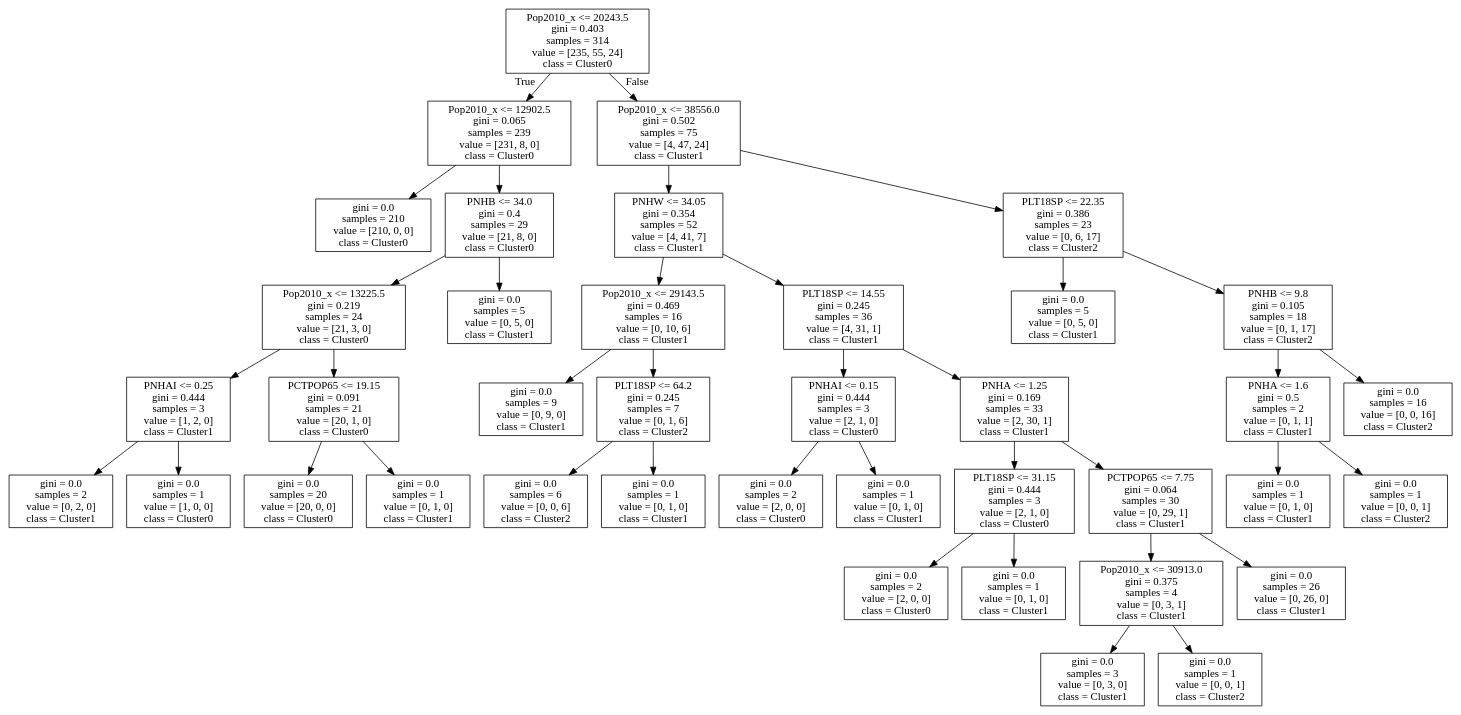
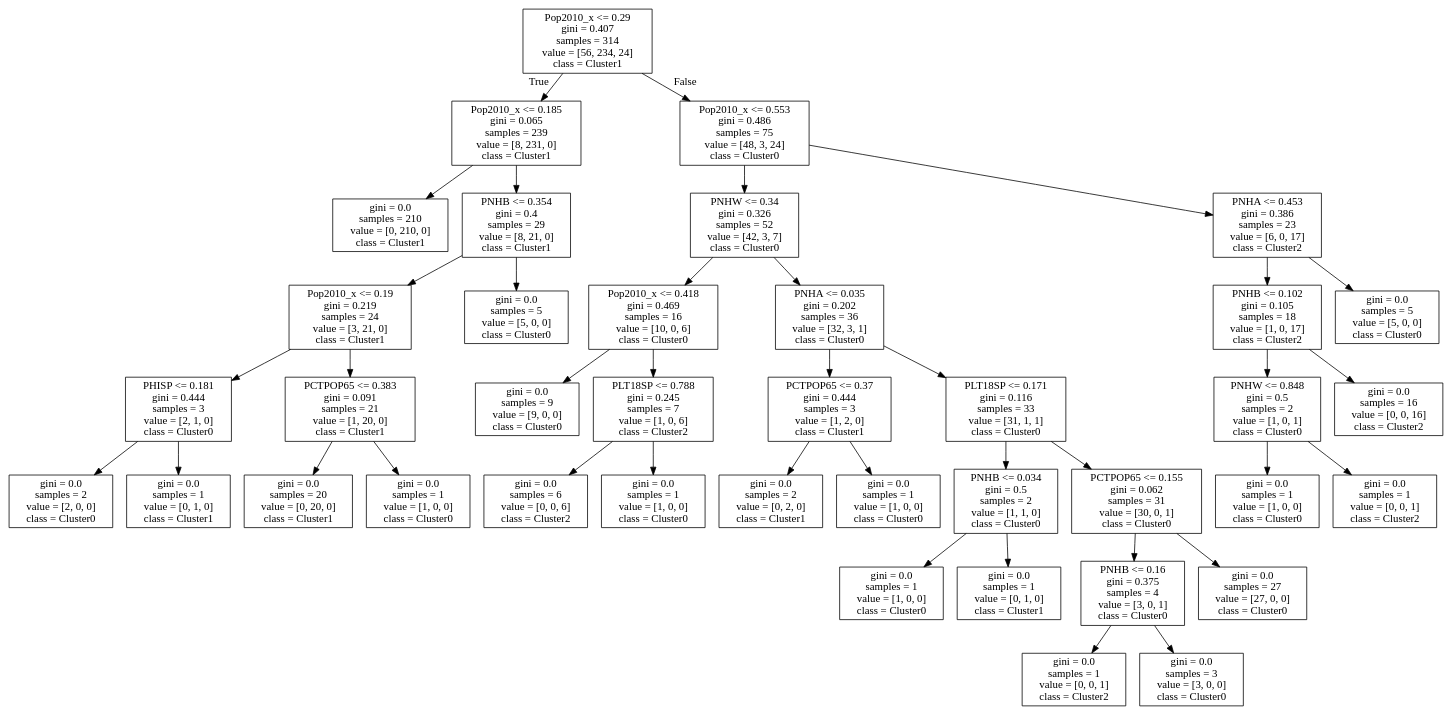
Before and after one commit to arunkulkarni95/COSC467_FinalProject: the diagram in tree.dot, drawn with Graphviz. The commit also changed 2 other files, not shown here.

```diff
--- a/tree.dot
+++ b/tree.dot
@@ -1,80 +1,80 @@
 digraph Tree {
 node [shape=box] ;
-0 [label="Pop2010_x <= 20243.5\ngini = 0.403\nsamples = 314\nvalue = [235, 55, 24]\nclass = Cluster0"] ;
-1 [label="Pop2010_x <= 12902.5\ngini = 0.065\nsamples = 239\nvalue = [231, 8, 0]\nclass = Cluster0"] ;
+0 [label="Pop2010_x <= 0.29\ngini = 0.407\nsamples = 314\nvalue = [56, 234, 24]\nclass = Cluster1"] ;
+1 [label="Pop2010_x <= 0.185\ngini = 0.065\nsamples = 239\nvalue = [8, 231, 0]\nclass = Cluster1"] ;
 0 -> 1 [labeldistance=2.5, labelangle=45, headlabel="True"] ;
-2 [label="gini = 0.0\nsamples = 210\nvalue = [210, 0, 0]\nclass = Cluster0"] ;
+2 [label="gini = 0.0\nsamples = 210\nvalue = [0, 210, 0]\nclass = Cluster1"] ;
 1 -> 2 ;
-3 [label="PNHB <= 34.0\ngini = 0.4\nsamples = 29\nvalue = [21, 8, 0]\nclass = Cluster0"] ;
+3 [label="PNHB <= 0.354\ngini = 0.4\nsamples = 29\nvalue = [8, 21, 0]\nclass = Cluster1"] ;
 1 -> 3 ;
-4 [label="Pop2010_x <= 13225.5\ngini = 0.219\nsamples = 24\nvalue = [21, 3, 0]\nclass = Cluster0"] ;
+4 [label="Pop2010_x <= 0.19\ngini = 0.219\nsamples = 24\nvalue = [3, 21, 0]\nclass = Cluster1"] ;
 3 -> 4 ;
-5 [label="PNHAI <= 0.25\ngini = 0.444\nsamples = 3\nvalue = [1, 2, 0]\nclass = Cluster1"] ;
+5 [label="PHISP <= 0.181\ngini = 0.444\nsamples = 3\nvalue = [2, 1, 0]\nclass = Cluster0"] ;
 4 -> 5 ;
-6 [label="gini = 0.0\nsamples = 2\nvalue = [0, 2, 0]\nclass = Cluster1"] ;
+6 [label="gini = 0.0\nsamples = 2\nvalue = [2, 0, 0]\nclass = Cluster0"] ;
 5 -> 6 ;
-7 [label="gini = 0.0\nsamples = 1\nvalue = [1, 0, 0]\nclass = Cluster0"] ;
+7 [label="gini = 0.0\nsamples = 1\nvalue = [0, 1, 0]\nclass = Cluster1"] ;
 5 -> 7 ;
-8 [label="PCTPOP65 <= 19.15\ngini = 0.091\nsamples = 21\nvalue = [20, 1, 0]\nclass = Cluster0"] ;
+8 [label="PCTPOP65 <= 0.383\ngini = 0.091\nsamples = 21\nvalue = [1, 20, 0]\nclass = Cluster1"] ;
 4 -> 8 ;
-9 [label="gini = 0.0\nsamples = 20\nvalue = [20, 0, 0]\nclass = Cluster0"] ;
+9 [label="gini = 0.0\nsamples = 20\nvalue = [0, 20, 0]\nclass = Cluster1"] ;
 8 -> 9 ;
-10 [label="gini = 0.0\nsamples = 1\nvalue = [0, 1, 0]\nclass = Cluster1"] ;
+10 [label="gini = 0.0\nsamples = 1\nvalue = [1, 0, 0]\nclass = Cluster0"] ;
 8 -> 10 ;
-11 [label="gini = 0.0\nsamples = 5\nvalue = [0, 5, 0]\nclass = Cluster1"] ;
+11 [label="gini = 0.0\nsamples = 5\nvalue = [5, 0, 0]\nclass = Cluster0"] ;
 3 -> 11 ;
-12 [label="Pop2010_x <= 38556.0\ngini = 0.502\nsamples = 75\nvalue = [4, 47, 24]\nclass = Cluster1"] ;
+12 [label="Pop2010_x <= 0.553\ngini = 0.486\nsamples = 75\nvalue = [48, 3, 24]\nclass = Cluster0"] ;
 0 -> 12 [labeldistance=2.5, labelangle=-45, headlabel="False"] ;
-13 [label="PNHW <= 34.05\ngini = 0.354\nsamples = 52\nvalue = [4, 41, 7]\nclass = Cluster1"] ;
+13 [label="PNHW <= 0.34\ngini = 0.326\nsamples = 52\nvalue = [42, 3, 7]\nclass = Cluster0"] ;
 12 -> 13 ;
-14 [label="Pop2010_x <= 29143.5\ngini = 0.469\nsamples = 16\nvalue = [0, 10, 6]\nclass = Cluster1"] ;
+14 [label="Pop2010_x <= 0.418\ngini = 0.469\nsamples = 16\nvalue = [10, 0, 6]\nclass = Cluster0"] ;
 13 -> 14 ;
-15 [label="gini = 0.0\nsamples = 9\nvalue = [0, 9, 0]\nclass = Cluster1"] ;
+15 [label="gini = 0.0\nsamples = 9\nvalue = [9, 0, 0]\nclass = Cluster0"] ;
 14 -> 15 ;
-16 [label="PLT18SP <= 64.2\ngini = 0.245\nsamples = 7\nvalue = [0, 1, 6]\nclass = Cluster2"] ;
+16 [label="PLT18SP <= 0.788\ngini = 0.245\nsamples = 7\nvalue = [1, 0, 6]\nclass = Cluster2"] ;
 14 -> 16 ;
 17 [label="gini = 0.0\nsamples = 6\nvalue = [0, 0, 6]\nclass = Cluster2"] ;
 16 -> 17 ;
-18 [label="gini = 0.0\nsamples = 1\nvalue = [0, 1, 0]\nclass = Cluster1"] ;
+18 [label="gini = 0.0\nsamples = 1\nvalue = [1, 0, 0]\nclass = Cluster0"] ;
 16 -> 18 ;
-19 [label="PLT18SP <= 14.55\ngini = 0.245\nsamples = 36\nvalue = [4, 31, 1]\nclass = Cluster1"] ;
+19 [label="PNHA <= 0.035\ngini = 0.202\nsamples = 36\nvalue = [32, 3, 1]\nclass = Cluster0"] ;
 13 -> 19 ;
-20 [label="PNHAI <= 0.15\ngini = 0.444\nsamples = 3\nvalue = [2, 1, 0]\nclass = Cluster0"] ;
+20 [label="PCTPOP65 <= 0.37\ngini = 0.444\nsamples = 3\nvalue = [1, 2, 0]\nclass = Cluster1"] ;
 19 -> 20 ;
-21 [label="gini = 0.0\nsamples = 2\nvalue = [2, 0, 0]\nclass = Cluster0"] ;
+21 [label="gini = 0.0\nsamples = 2\nvalue = [0, 2, 0]\nclass = Cluster1"] ;
 20 -> 21 ;
-22 [label="gini = 0.0\nsamples = 1\nvalue = [0, 1, 0]\nclass = Cluster1"] ;
+22 [label="gini = 0.0\nsamples = 1\nvalue = [1, 0, 0]\nclass = Cluster0"] ;
 20 -> 22 ;
-23 [label="PNHA <= 1.25\ngini = 0.169\nsamples = 33\nvalue = [2, 30, 1]\nclass = Cluster1"] ;
+23 [label="PLT18SP <= 0.171\ngini = 0.116\nsamples = 33\nvalue = [31, 1, 1]\nclass = Cluster0"] ;
 19 -> 23 ;
-24 [label="PLT18SP <= 31.15\ngini = 0.444\nsamples = 3\nvalue = [2, 1, 0]\nclass = Cluster0"] ;
+24 [label="PNHB <= 0.034\ngini = 0.5\nsamples = 2\nvalue = [1, 1, 0]\nclass = Cluster0"] ;
 23 -> 24 ;
-25 [label="gini = 0.0\nsamples = 2\nvalue = [2, 0, 0]\nclass = Cluster0"] ;
+25 [label="gini = 0.0\nsamples = 1\nvalue = [1, 0, 0]\nclass = Cluster0"] ;
 24 -> 25 ;
 26 [label="gini = 0.0\nsamples = 1\nvalue = [0, 1, 0]\nclass = Cluster1"] ;
 24 -> 26 ;
-27 [label="PCTPOP65 <= 7.75\ngini = 0.064\nsamples = 30\nvalue = [0, 29, 1]\nclass = Cluster1"] ;
+27 [label="PCTPOP65 <= 0.155\ngini = 0.062\nsamples = 31\nvalue = [30, 0, 1]\nclass = Cluster0"] ;
 23 -> 27 ;
-28 [label="Pop2010_x <= 30913.0\ngini = 0.375\nsamples = 4\nvalue = [0, 3, 1]\nclass = Cluster1"] ;
+28 [label="PNHB <= 0.16\ngini = 0.375\nsamples = 4\nvalue = [3, 0, 1]\nclass = Cluster0"] ;
 27 -> 28 ;
-29 [label="gini = 0.0\nsamples = 3\nvalue = [0, 3, 0]\nclass = Cluster1"] ;
+29 [label="gini = 0.0\nsamples = 1\nvalue = [0, 0, 1]\nclass = Cluster2"] ;
 28 -> 29 ;
-30 [label="gini = 0.0\nsamples = 1\nvalue = [0, 0, 1]\nclass = Cluster2"] ;
+30 [label="gini = 0.0\nsamples = 3\nvalue = [3, 0, 0]\nclass = Cluster0"] ;
 28 -> 30 ;
-31 [label="gini = 0.0\nsamples = 26\nvalue = [0, 26, 0]\nclass = Cluster1"] ;
+31 [label="gini = 0.0\nsamples = 27\nvalue = [27, 0, 0]\nclass = Cluster0"] ;
 27 -> 31 ;
-32 [label="PLT18SP <= 22.35\ngini = 0.386\nsamples = 23\nvalue = [0, 6, 17]\nclass = Cluster2"] ;
+32 [label="PNHA <= 0.453\ngini = 0.386\nsamples = 23\nvalue = [6, 0, 17]\nclass = Cluster2"] ;
 12 -> 32 ;
-33 [label="gini = 0.0\nsamples = 5\nvalue = [0, 5, 0]\nclass = Cluster1"] ;
+33 [label="PNHB <= 0.102\ngini = 0.105\nsamples = 18\nvalue = [1, 0, 17]\nclass = Cluster2"] ;
 32 -> 33 ;
-34 [label="PNHB <= 9.8\ngini = 0.105\nsamples = 18\nvalue = [0, 1, 17]\nclass = Cluster2"] ;
-32 -> 34 ;
-35 [label="PNHA <= 1.6\ngini = 0.5\nsamples = 2\nvalue = [0, 1, 1]\nclass = Cluster1"] ;
+34 [label="PNHW <= 0.848\ngini = 0.5\nsamples = 2\nvalue = [1, 0, 1]\nclass = Cluster0"] ;
+33 -> 34 ;
+35 [label="gini = 0.0\nsamples = 1\nvalue = [1, 0, 0]\nclass = Cluster0"] ;
 34 -> 35 ;
-36 [label="gini = 0.0\nsamples = 1\nvalue = [0, 1, 0]\nclass = Cluster1"] ;
-35 -> 36 ;
-37 [label="gini = 0.0\nsamples = 1\nvalue = [0, 0, 1]\nclass = Cluster2"] ;
-35 -> 37 ;
-38 [label="gini = 0.0\nsamples = 16\nvalue = [0, 0, 16]\nclass = Cluster2"] ;
-34 -> 38 ;
+36 [label="gini = 0.0\nsamples = 1\nvalue = [0, 0, 1]\nclass = Cluster2"] ;
+34 -> 36 ;
+37 [label="gini = 0.0\nsamples = 16\nvalue = [0, 0, 16]\nclass = Cluster2"] ;
+33 -> 37 ;
+38 [label="gini = 0.0\nsamples = 5\nvalue = [5, 0, 0]\nclass = Cluster0"] ;
+32 -> 38 ;
 }
```
